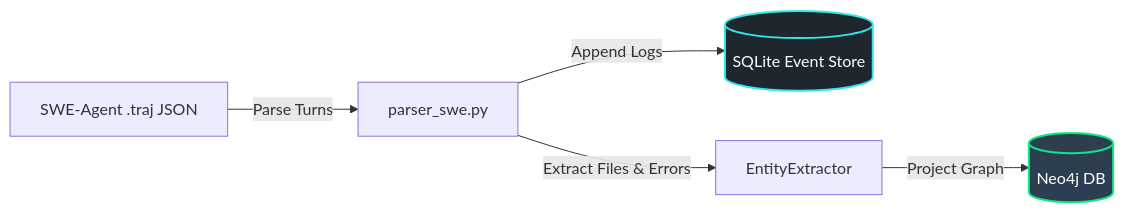
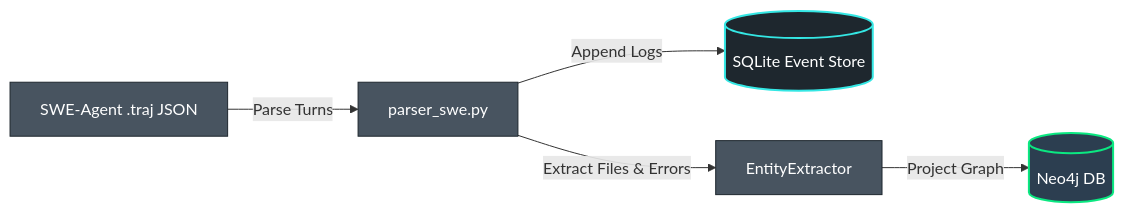
The third of 3 diagrams in README.md (erdometo/semantic-agent-graph), drawn with Mermaid before and after one commit. The commit also changed other lines of this file, not shown here.

Commit message:
docs: fix Mermaid diagram syntax errors and add shower-thought note

````diff
--- a/README.md
+++ b/README.md
@@ -127,10 +131,11 @@
 ```mermaid
 graph LR
-    Traj[SWE-Agent .traj JSON] -->|Parse Turns| Ingest[parser_swe.py]
-    Ingest -->|Append Logs| SQLite[(SQLite Event Store)]
-    Ingest -->|Extract Files & Errors| Extractor[EntityExtractor]
-    Extractor -->|Project Graph| Neo4j[(Neo4j DB)]
+    Traj["SWE-Agent .traj JSON"] -->|Parse Turns| Ingest["parser_swe.py"]
+    Ingest -->|Append Logs| SQLite[("SQLite Event Store")]
+    Ingest -->|Extract Files & Errors| Extractor["EntityExtractor"]
+    Extractor -->|Project Graph| Neo4j[("Neo4j DB")]
     
     style SQLite fill:#1e272e,stroke:#34e7e4,stroke-width:2px,color:#fff
     style Neo4j fill:#2c3e50,stroke:#0be881,stroke-width:2px,color:#fff
+    classDef default fill:#485460,stroke:#1e272e,color:#fff
 ```
````
